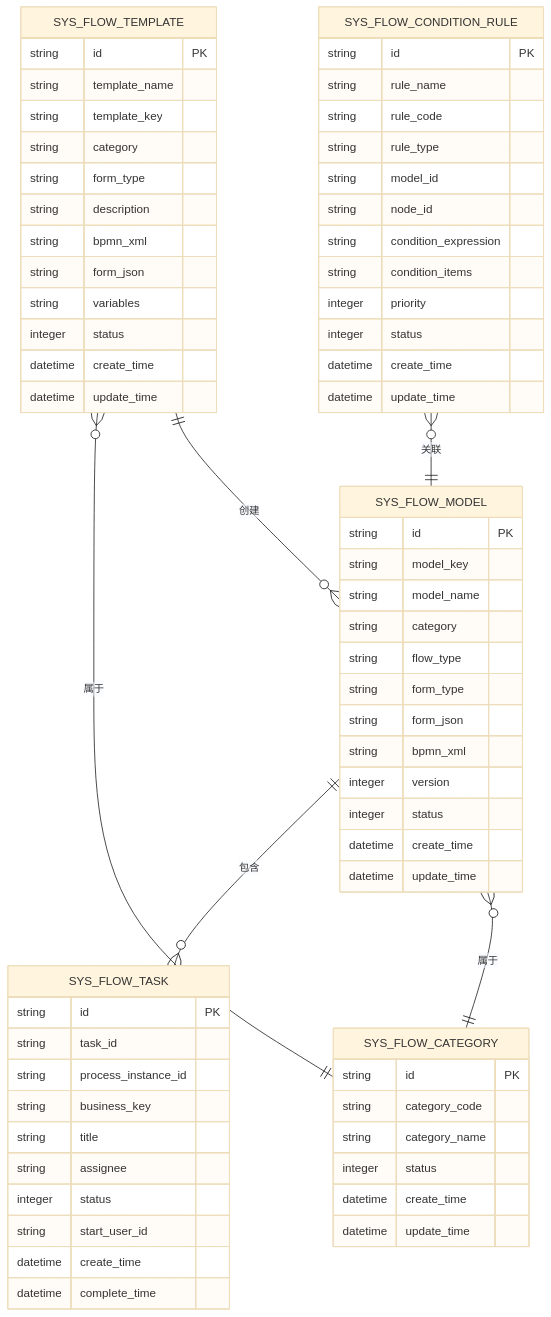
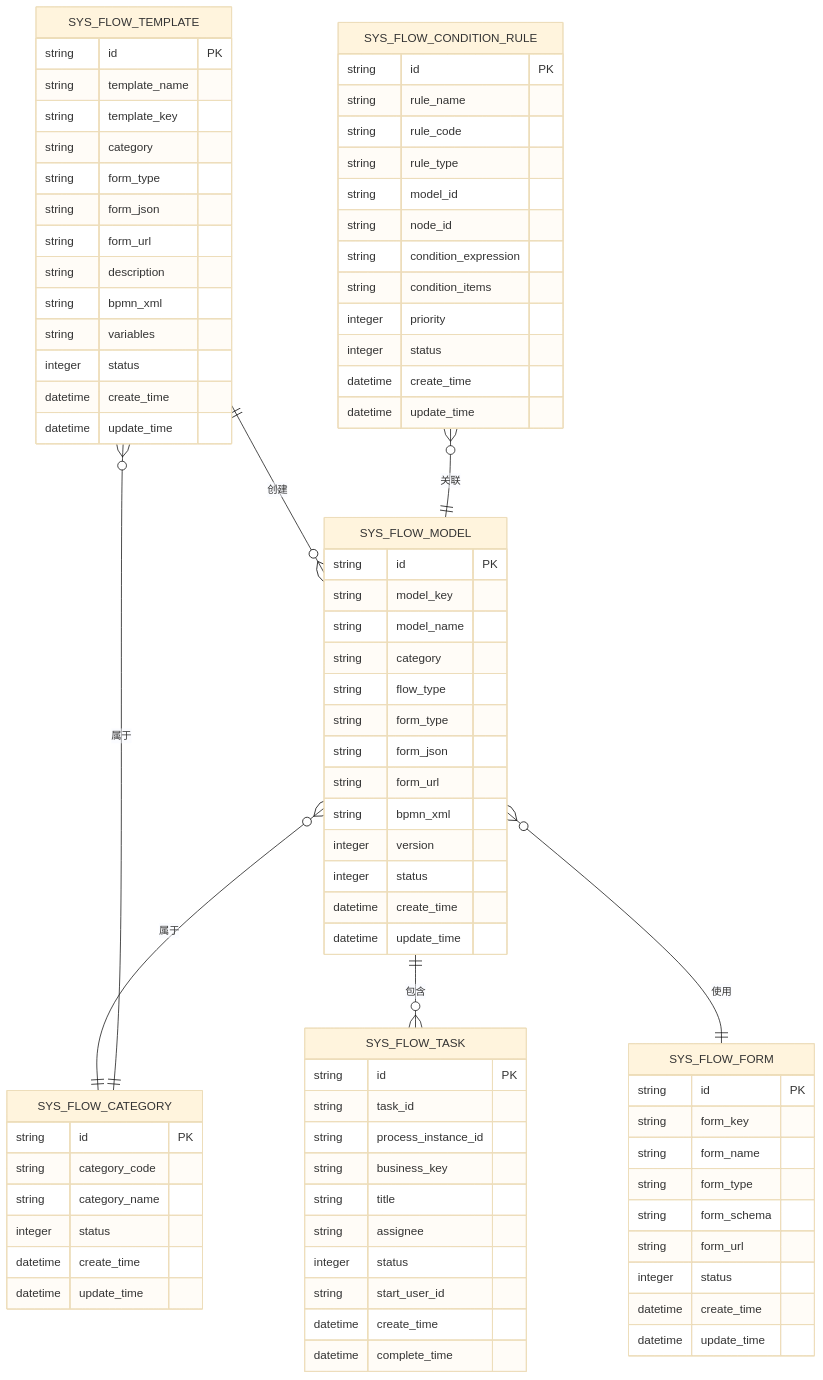
Before and after one commit to yaomindong1996/forge-admin: the tenth of 11 diagrams in .qoder/repowiki/zh/content/前端框架详解/前端工作流组件.md, drawn with Mermaid (base theme). The commit also changed other lines of this file and 76 other files, not shown here.

````diff
--- a/.qoder/repowiki/zh/content/前端框架详解/前端工作流组件.md
+++ b/.qoder/repowiki/zh/content/前端框架详解/前端工作流组件.md
@@ -670,6 +684,7 @@
 string flow_type
 string form_type
 string form_json
+string form_url
 string bpmn_xml
 integer version
 integer status
@@ -702,9 +717,10 @@
 string template_key
 string category
 string form_type
+string form_json
+string form_url
 string description
 string bpmn_xml
-string form_json
 string variables
 integer status
 datetime create_time
@@ -724,9 +740,21 @@
 datetime create_time
 datetime update_time
 }
+SYS_FLOW_FORM {
+string id PK
+string form_key
+string form_name
+string form_type
+string form_schema
+string form_url
+integer status
+datetime create_time
+datetime update_time
+}
 SYS_FLOW_MODEL ||--o{ SYS_FLOW_TASK : "包含"
 SYS_FLOW_MODEL }o--|| SYS_FLOW_CATEGORY : "属于"
 SYS_FLOW_TEMPLATE }o--|| SYS_FLOW_CATEGORY : "属于"
 SYS_FLOW_TEMPLATE ||--o{ SYS_FLOW_MODEL : "创建"
 SYS_FLOW_CONDITION_RULE }o--|| SYS_FLOW_MODEL : "关联"
+SYS_FLOW_MODEL }o--|| SYS_FLOW_FORM : "使用"
 ```
````
